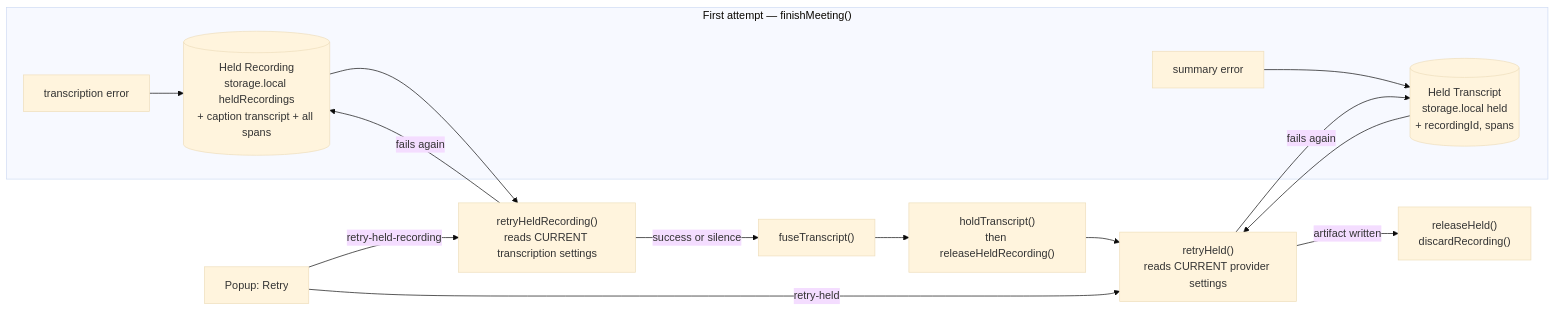
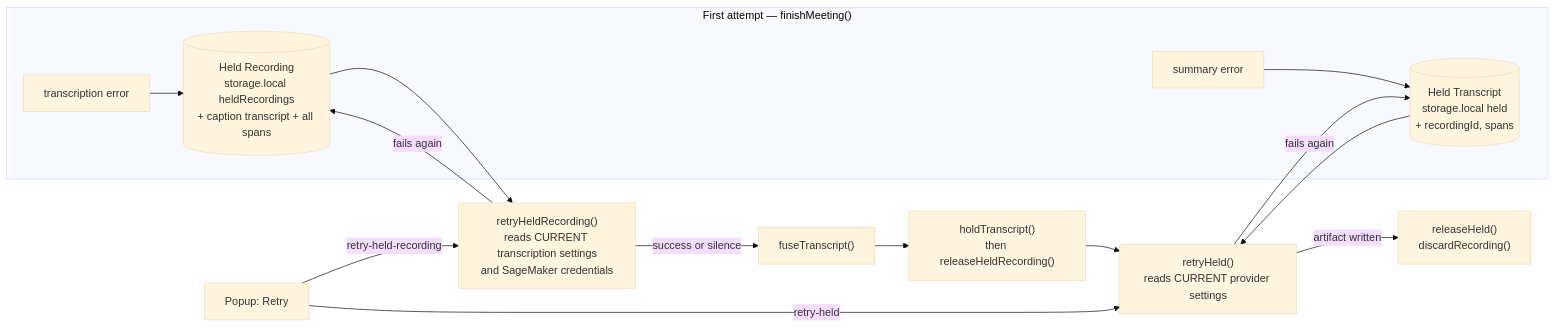
One commit to dominic676767/meeting-summarizer changed the tenth of 11 diagrams in docs/ARCHITECTURE.md. Above: the diagram before and after it, drawn with Mermaid (base theme). The commit also changed other lines of this file and 8 other files, not shown here.

````diff
--- a/docs/ARCHITECTURE.md
+++ b/docs/ARCHITECTURE.md
@@ -474,18 +471,18 @@
 ```mermaid
 flowchart LR
     subgraph first["First attempt — finishMeeting()"]
         txFail["transcription error"] --> hr[("Held Recording<br/>storage.local heldRecordings<br/>+ caption transcript + all spans")]
         sumFail["summary error"] --> ht[("Held Transcript<br/>storage.local held<br/>+ recordingId, spans")]
     end
 
-    popup["Popup: Retry"] -- "retry-held-recording" --> rhr["retryHeldRecording()<br/>reads CURRENT transcription settings"]
+    popup["Popup: Retry"] -- "retry-held-recording" --> rhr["retryHeldRecording()<br/>reads CURRENT transcription settings<br/>and SageMaker credentials"]
     hr --> rhr
     rhr -- "success or silence" --> fuse2["fuseTranscript()"] --> ht2["holdTranscript()<br/>then releaseHeldRecording()"]
     ht2 --> rh
     rhr -- "fails again" --> hr
 
     popup -- "retry-held" --> rh["retryHeld()<br/>reads CURRENT provider settings"]
     ht --> rh
     rh -- "artifact written" --> rel["releaseHeld()<br/>discardRecording()"]
     rh -- "fails again" --> ht
 ```
````
